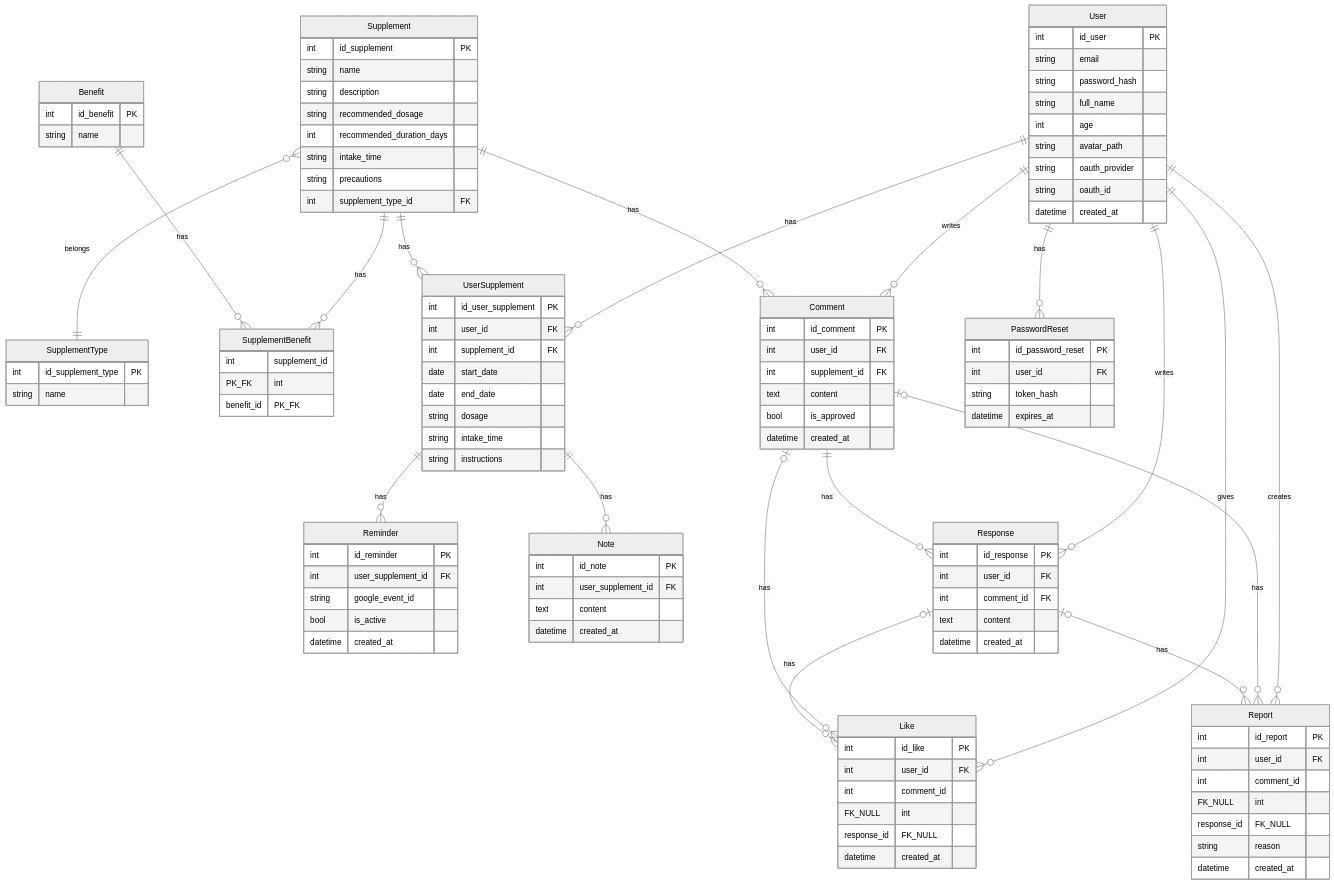
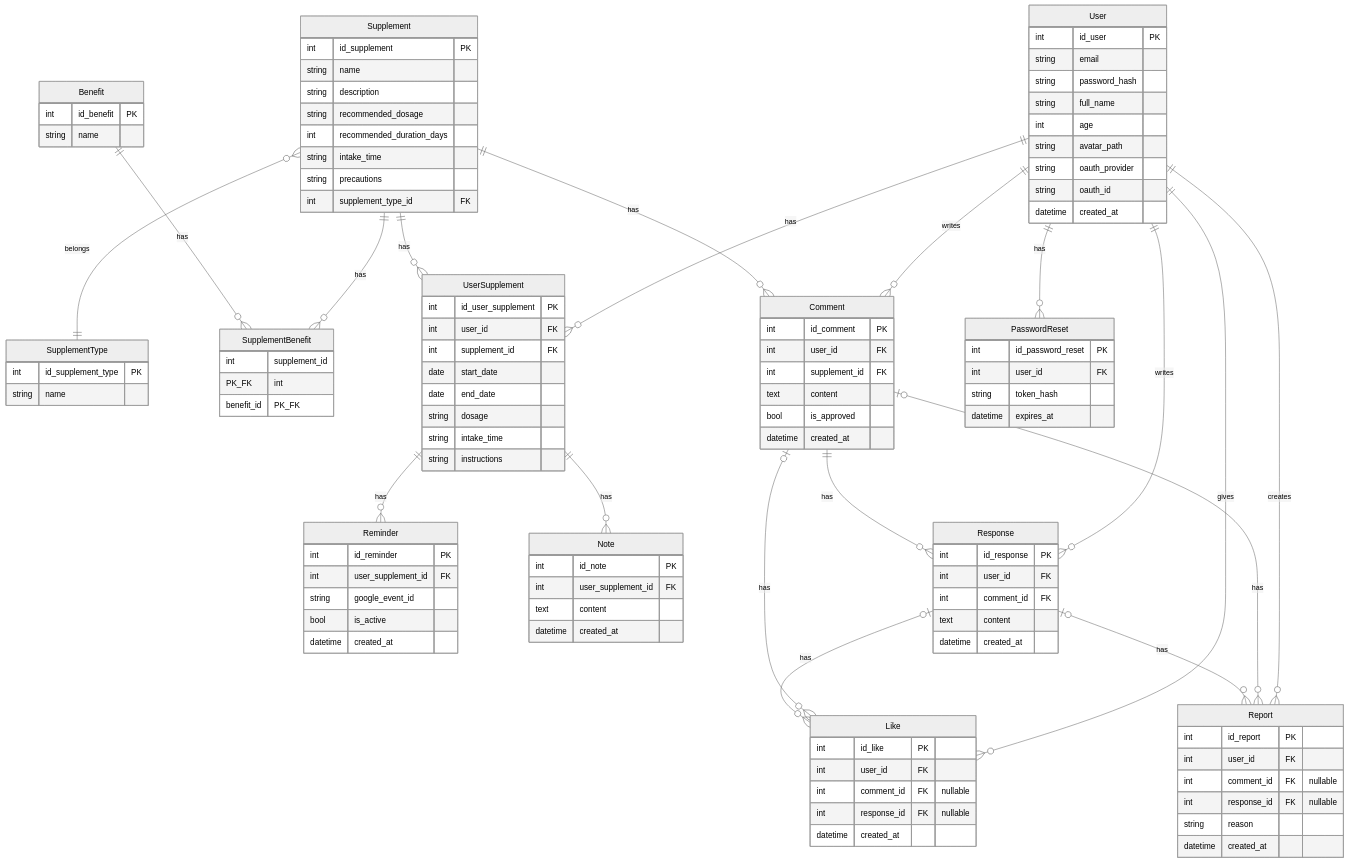
Before and after one commit to ArchilaRojas-Javier/project-final-cdpi: the diagram in dossier-projet/MLD.md, drawn with Mermaid (neutral theme). The commit also changed 1 other file, not shown here.

Commit message:
MLD added and message de systeme modified in users stories

```diff
--- a/dossier-projet/MLD.md
+++ b/dossier-projet/MLD.md
@@ -85,19 +85,19 @@
         datetime created_at
     }
 
-    Like {
+       Like {
         int id_like PK
         int user_id FK
-        int comment_id FK_NULL
-        int response_id FK_NULL
+        int comment_id FK "nullable"
+        int response_id FK "nullable"
         datetime created_at
     }
 
     Report {
         int id_report PK
         int user_id FK
-        int comment_id FK_NULL
-        int response_id FK_NULL
+        int comment_id FK "nullable"
+        int response_id FK "nullable"
         string reason
         datetime created_at
     }
```
